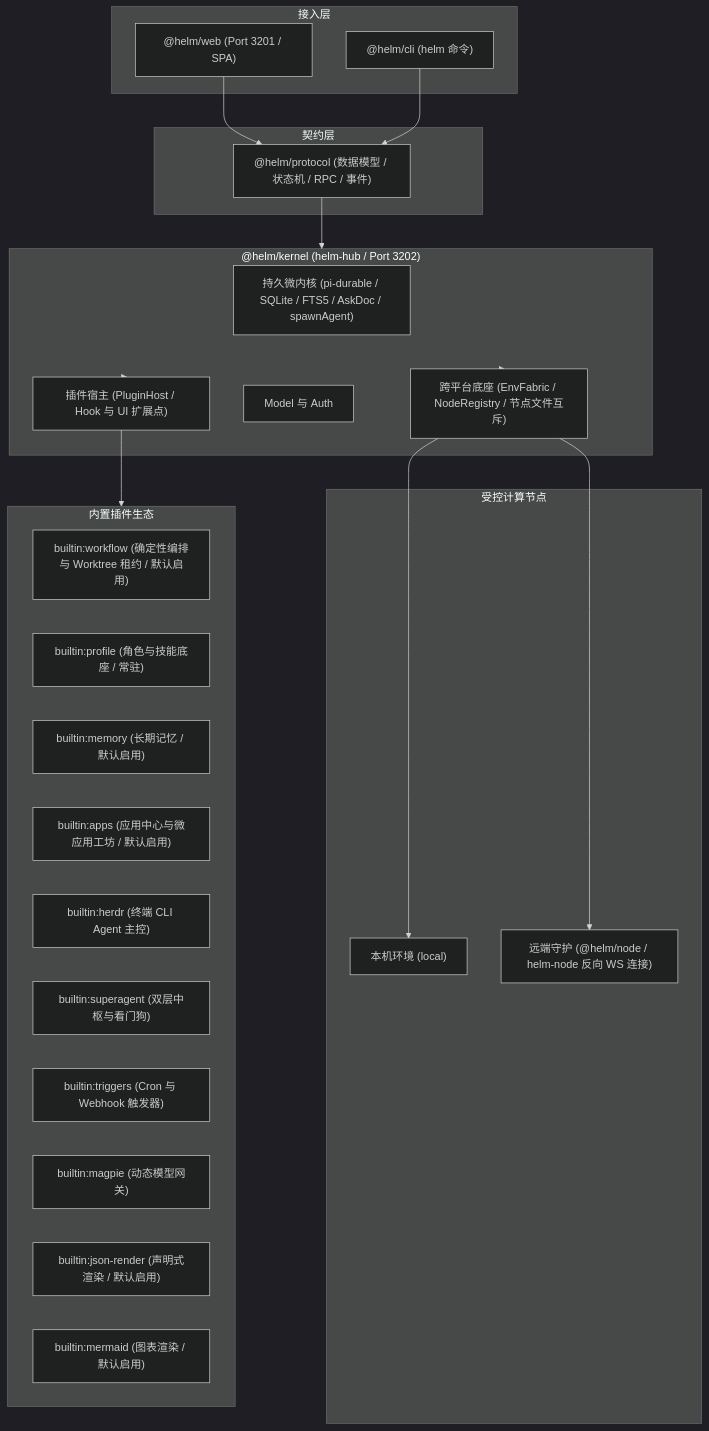
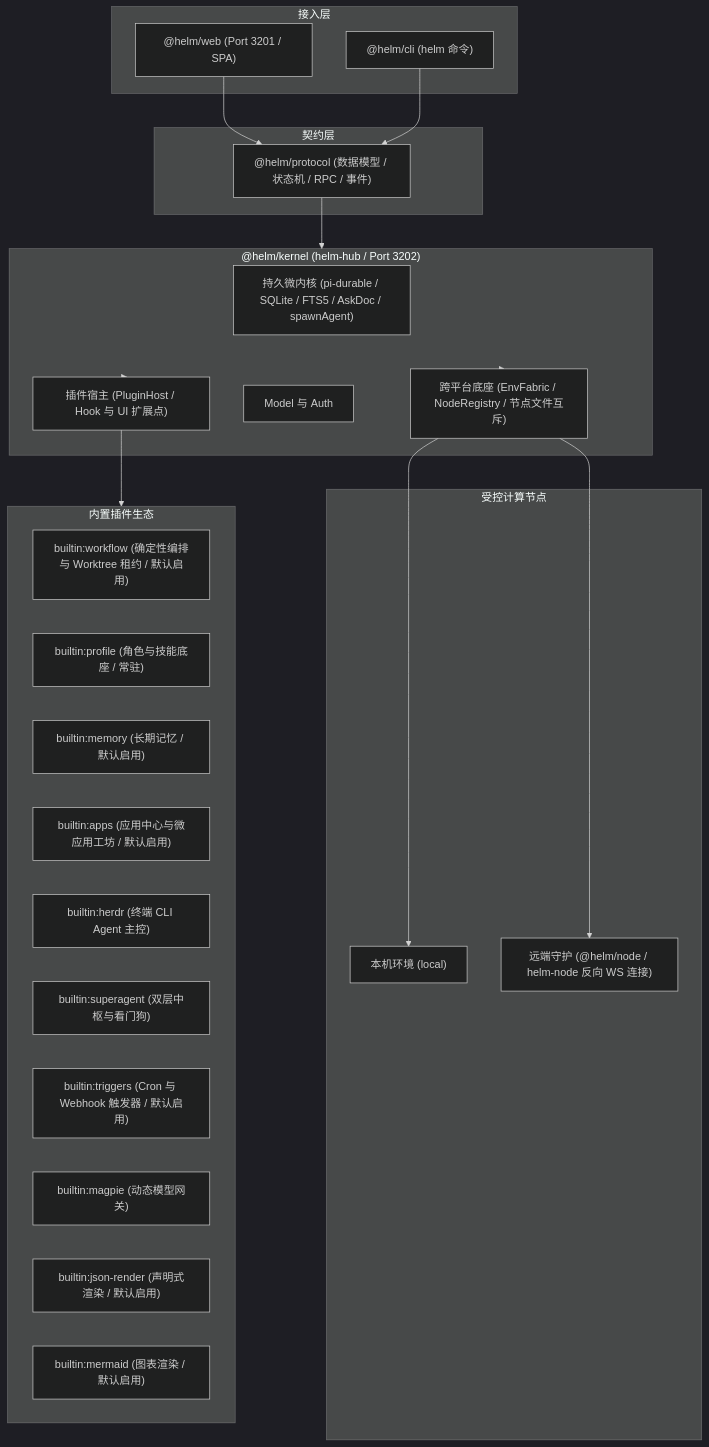
The diagram in README.md (team4u/helm), drawn with Mermaid (dark theme) before and after one commit. The commit also changed other lines of this file and 5 other files, not shown here.

Commit message:
feat(kernel): builtin:triggers 改为默认启用插件

````diff
--- a/README.md
+++ b/README.md
@@ -46,45 +46,45 @@
 ```mermaid
 flowchart TD
     subgraph Client["接入层"]
         Web["@helm/web (Port 3201 / SPA)"]
         CLI["@helm/cli (helm 命令)"]
     end
 
     subgraph Protocol["契约层"]
         Prot["@helm/protocol (数据模型 / 状态机 / RPC / 事件)"]
     end
 
     subgraph Kernel["@helm/kernel (helm-hub / Port 3202)"]
         Durable["持久微内核 (pi-durable / SQLite / FTS5 / AskDoc / spawnAgent)"]
         Fabric["跨平台底座 (EnvFabric / NodeRegistry / 节点文件互斥)"]
         ModelAuth["Model 与 Auth"]
         Host["插件宿主 (PluginHost / Hook 与 UI 扩展点)"]
     end
 
     subgraph Nodes["受控计算节点"]
         Local["本机环境 (local)"]
         Remote["远端守护 (@helm/node / helm-node 反向 WS 连接)"]
     end
 
     subgraph Plugins["内置插件生态"]
         P0["builtin:workflow (确定性编排与 Worktree 租约 / 默认启用)"]
         P1["builtin:profile (角色与技能底座 / 常驻)"]
         P1M["builtin:memory (长期记忆 / 默认启用)"]
         PA["builtin:apps (应用中心与微应用工坊 / 默认启用)"]
         P2["builtin:herdr (终端 CLI Agent 主控)"]
         P3["builtin:superagent (双层中枢与看门狗)"]
-        P4["builtin:triggers (Cron 与 Webhook 触发器)"]
+        P4["builtin:triggers (Cron 与 Webhook 触发器 / 默认启用)"]
         P5["builtin:magpie (动态模型网关)"]
         P6["builtin:json-render (声明式渲染 / 默认启用)"]
         P7["builtin:mermaid (图表渲染 / 默认启用)"]
     end
 
     Web --> Prot
     CLI --> Prot
     Prot --> Kernel
     Kernel --> Fabric
     Fabric --> Local
     Fabric --> Remote
     Kernel --> Host
     Host --> Plugins
 ```
````
